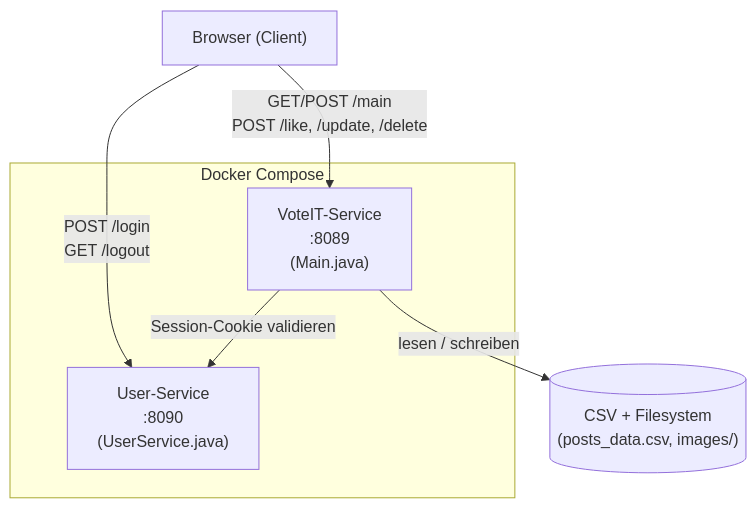
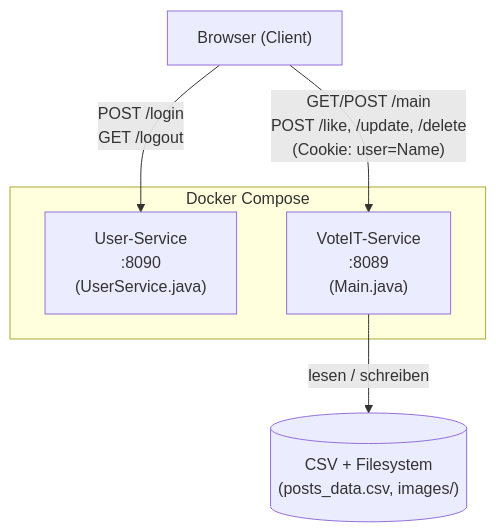
The first of 3 diagrams in README.md (stephanteege/VoteIT), drawn with Mermaid before and after one commit. The commit also changed other lines of this file, not shown here.

````diff
--- a/README.md
+++ b/README.md
@@ -18,16 +18,15 @@
 ```mermaid
 graph TD
     Browser["Browser (Client)"]
 
     subgraph Docker Compose
         US["User-Service\n:8090\n(UserService.java)"]
         VS["VoteIT-Service\n:8089\n(Main.java)"]
     end
 
     FS[("CSV + Filesystem\n(posts_data.csv, images/)")]
 
     Browser -- "POST /login\nGET /logout" --> US
-    Browser -- "GET/POST /main\nPOST /like, /update, /delete" --> VS
-    VS -- "Session-Cookie validieren" --> US
+    Browser -- "GET/POST /main\nPOST /like, /update, /delete\n(Cookie: user=Name)" --> VS
     VS -- "lesen / schreiben" --> FS
 ```
````
